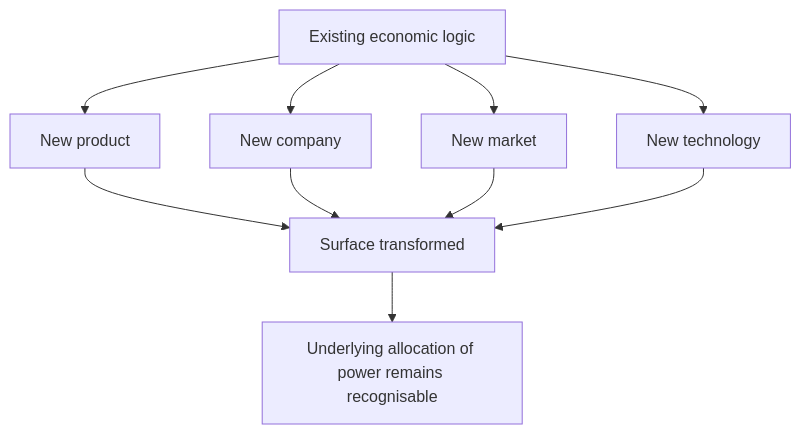
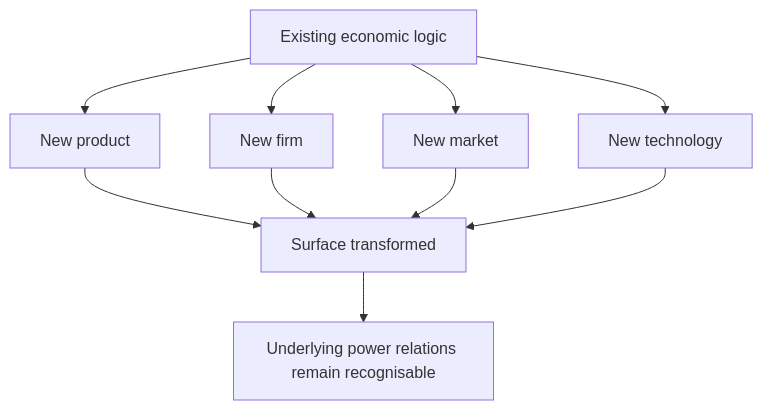
One commit to josefsbreakfast/Polaris-Protocol changed diagram 12 of 14 in 🌕_5_Long_Strategies/💸_Business_Is_Tooling/💸_making_harm_too_expensive_to_continue.md. Above: the diagram before and after it, drawn with Mermaid. The commit also changed other lines of this file, not shown here.

````diff
--- a/🌕_5_Long_Strategies/💸_Business_Is_Tooling/💸_making_harm_too_expensive_to_continue.md
+++ b/🌕_5_Long_Strategies/💸_Business_Is_Tooling/💸_making_harm_too_expensive_to_continue.md
@@ -771,16 +635,16 @@
 ```mermaid
 flowchart TD
     A[Existing economic logic]
 
     A --> B[New product]
-    A --> C[New company]
+    A --> C[New firm]
     A --> D[New market]
     A --> E[New technology]
 
     B --> F[Surface transformed]
     C --> F
     D --> F
     E --> F
 
-    F --> G[Underlying allocation of power remains recognisable]
+    F --> G[Underlying power relations remain recognisable]
 ```
````
